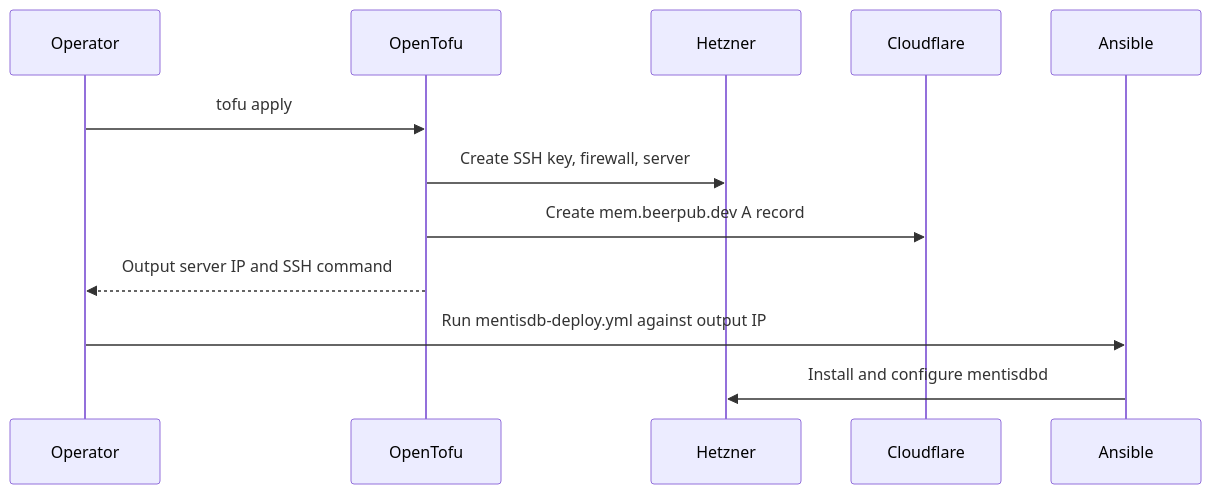
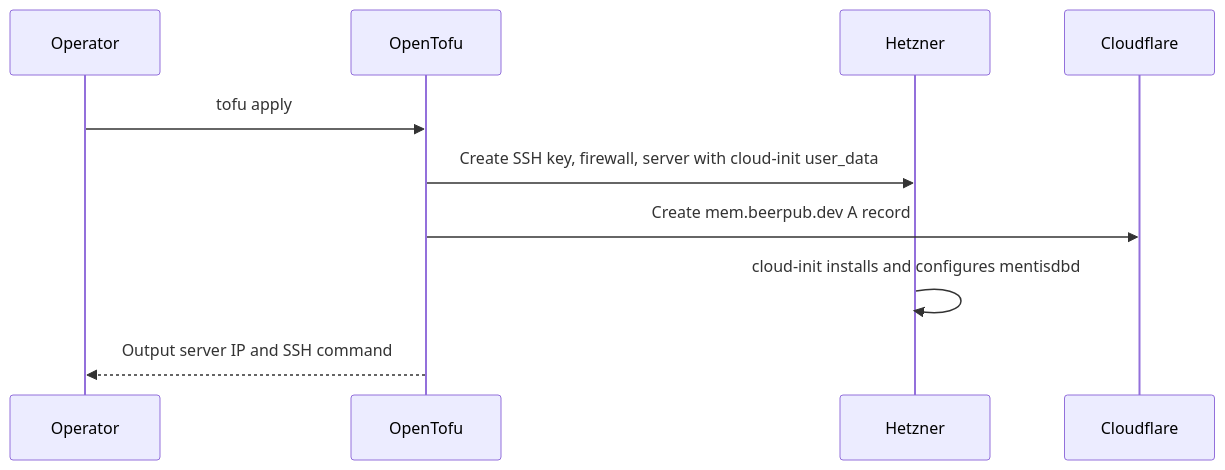
Before and after one commit to atvirokodosprendimai/ai-pipeline-template: the diagram in infrastructure/terraform/mentisdb/README.md, drawn with Mermaid. The commit also changed other lines of this file and 11 other files, not shown here.

First line of the commit message:
refactor: replace ansible with cloud-init in terraform user_data

````diff
--- a/infrastructure/terraform/mentisdb/README.md
+++ b/infrastructure/terraform/mentisdb/README.md
@@ -54,15 +66,13 @@
 ```mermaid
 sequenceDiagram
     participant Operator
     participant OpenTofu
     participant Hetzner
     participant Cloudflare
-    participant Ansible
 
     Operator->>OpenTofu: tofu apply
-    OpenTofu->>Hetzner: Create SSH key, firewall, server
+    OpenTofu->>Hetzner: Create SSH key, firewall, server with cloud-init user_data
     OpenTofu->>Cloudflare: Create mem.beerpub.dev A record
+    Hetzner->>Hetzner: cloud-init installs and configures mentisdbd
     OpenTofu-->>Operator: Output server IP and SSH command
-    Operator->>Ansible: Run mentisdb-deploy.yml against output IP
-    Ansible->>Hetzner: Install and configure mentisdbd
 ```
````
